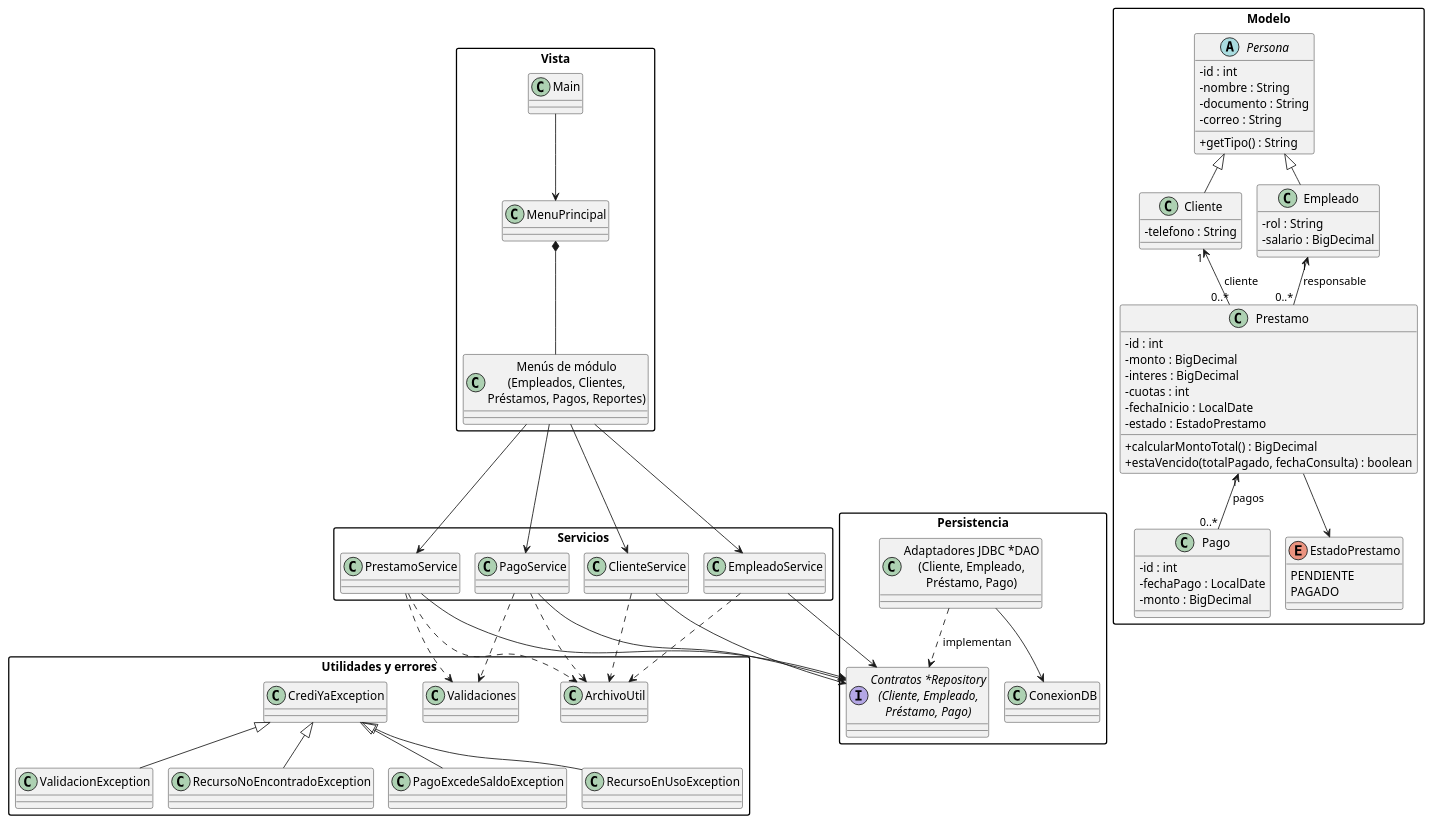
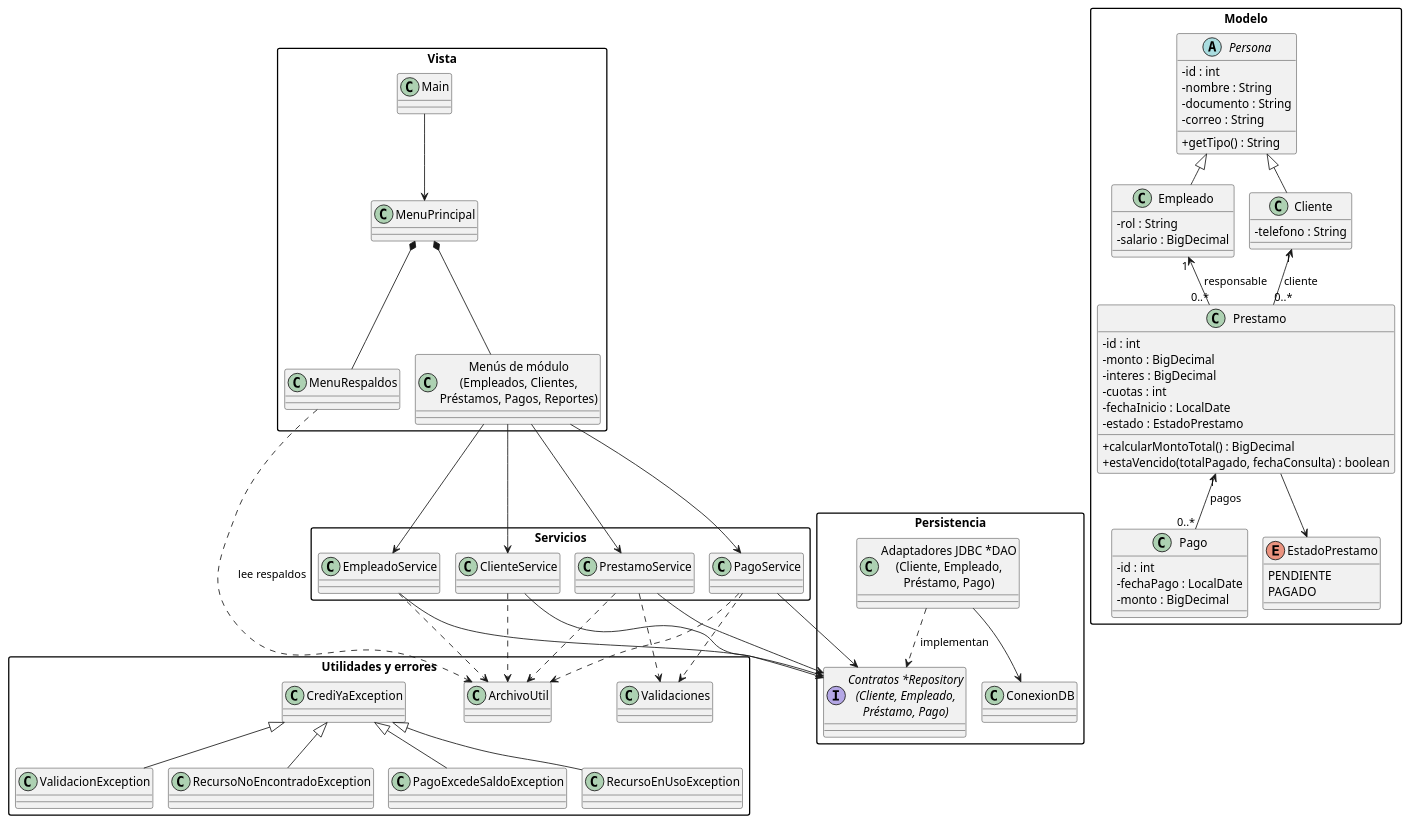
One commit to alejo-lopez09/Examen_CrediYa_AlejandroLopez changed the diagram in docs/UML_CrediYa.puml. Above: the diagram before and after it, drawn with PlantUML. The commit also changed 18 other files, not shown here.

```diff
--- a/docs/UML_CrediYa.puml
+++ b/docs/UML_CrediYa.puml
@@ -1,102 +1,105 @@
 @startuml UML_CrediYa
 
 !pragma layout smetana
 skinparam classAttributeIconSize 0
 skinparam packageStyle rectangle
 
 package "Vista" {
   class Main
   class MenuPrincipal
+  class MenuRespaldos
   class "Menús de módulo\n(Empleados, Clientes,\nPréstamos, Pagos, Reportes)" as MenusModulo
 }
 
 package "Servicios" {
   class EmpleadoService
   class ClienteService
   class PrestamoService
   class PagoService
 }
 
 package "Modelo" {
   abstract class Persona {
     - id : int
     - nombre : String
     - documento : String
     - correo : String
     + getTipo() : String
   }
   class Empleado {
     - rol : String
     - salario : BigDecimal
   }
   class Cliente {
     - telefono : String
   }
   class Prestamo {
     - id : int
     - monto : BigDecimal
     - interes : BigDecimal
     - cuotas : int
     - fechaInicio : LocalDate
     - estado : EstadoPrestamo
     + calcularMontoTotal() : BigDecimal
     + estaVencido(totalPagado, fechaConsulta) : boolean
   }
   class Pago {
     - id : int
     - fechaPago : LocalDate
     - monto : BigDecimal
   }
   enum EstadoPrestamo {
     PENDIENTE
     PAGADO
   }
 }
 
 package "Persistencia" {
   interface "Contratos *Repository\n(Cliente, Empleado,\nPréstamo, Pago)" as Repositories
   class "Adaptadores JDBC *DAO\n(Cliente, Empleado,\nPréstamo, Pago)" as JdbcDaos
   class ConexionDB
 }
 
 package "Utilidades y errores" {
   class ArchivoUtil
   class Validaciones
   class CrediYaException
   class ValidacionException
   class RecursoNoEncontradoException
   class PagoExcedeSaldoException
   class RecursoEnUsoException
 }
 
 Persona <|-- Empleado
 Persona <|-- Cliente
 Cliente "1" <-- "0..*" Prestamo : cliente
 Empleado "1" <-- "0..*" Prestamo : responsable
 Prestamo "1" <-- "0..*" Pago : pagos
 Prestamo --> EstadoPrestamo
 
 Main --> MenuPrincipal
 MenuPrincipal *-- MenusModulo
+MenuPrincipal *-- MenuRespaldos
+MenuRespaldos ..> ArchivoUtil : lee respaldos
 MenusModulo --> EmpleadoService
 MenusModulo --> ClienteService
 MenusModulo --> PrestamoService
 MenusModulo --> PagoService
 EmpleadoService --> Repositories
 ClienteService --> Repositories
 PrestamoService --> Repositories
 PagoService --> Repositories
 JdbcDaos ..> Repositories : implementan
 JdbcDaos --> ConexionDB
 EmpleadoService ..> ArchivoUtil
 ClienteService ..> ArchivoUtil
 PrestamoService ..> ArchivoUtil
 PagoService ..> ArchivoUtil
 PrestamoService ..> Validaciones
 PagoService ..> Validaciones
 CrediYaException <|-- ValidacionException
 CrediYaException <|-- RecursoNoEncontradoException
 CrediYaException <|-- PagoExcedeSaldoException
 CrediYaException <|-- RecursoEnUsoException
 
 @enduml
```
